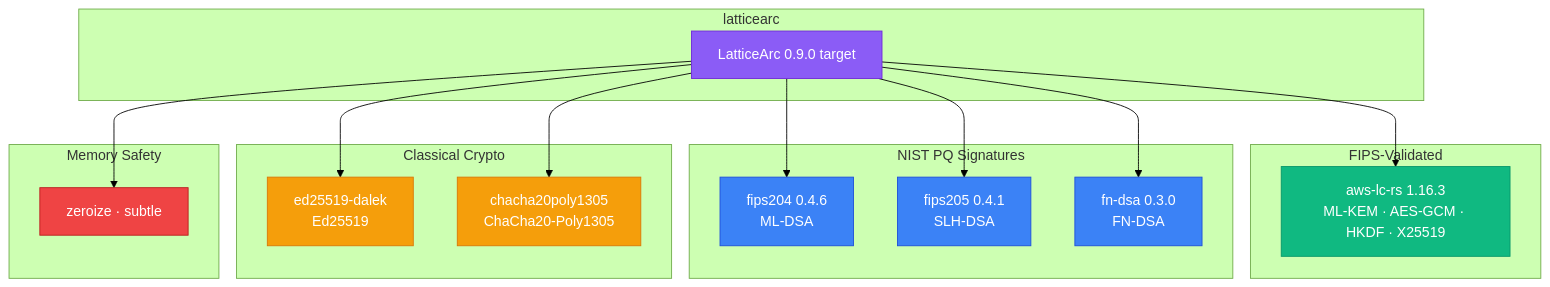
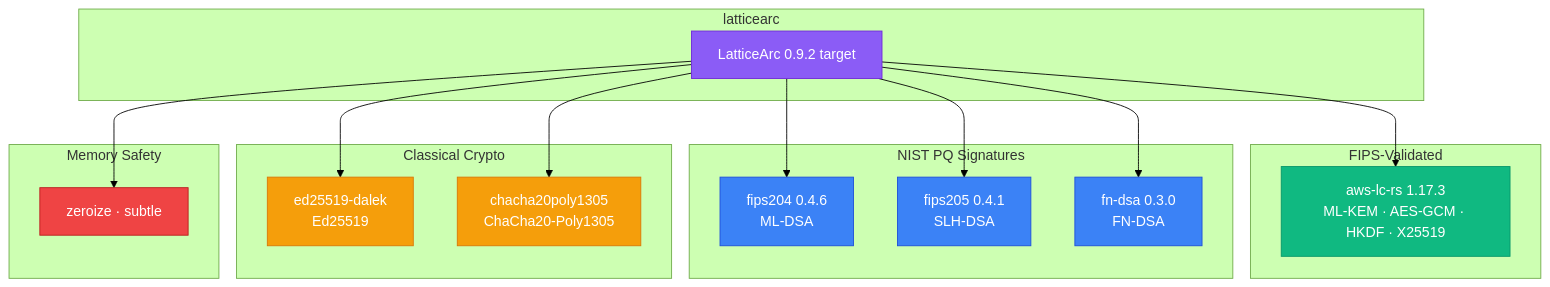
Before and after one commit to LatticeArc/latticearc: the diagram in docs/DEPENDENCY_JUSTIFICATION.md, drawn with Mermaid (forest theme). The commit also changed other lines of this file, not shown here.

````diff
--- a/docs/DEPENDENCY_JUSTIFICATION.md
+++ b/docs/DEPENDENCY_JUSTIFICATION.md
@@ -12,45 +12,45 @@
 ```mermaid
 flowchart TB
     subgraph "latticearc"
-        LA[LatticeArc 0.9.0 target]
+        LA[LatticeArc 0.9.2 target]
     end
 
     subgraph "FIPS-Validated"
-        AWSLC["aws-lc-rs 1.16.3\nML-KEM · AES-GCM · HKDF · X25519"]
+        AWSLC["aws-lc-rs 1.17.3\nML-KEM · AES-GCM · HKDF · X25519"]
     end
 
     subgraph "NIST PQ Signatures"
         F204["fips204 0.4.6\nML-DSA"]
         F205["fips205 0.4.1\nSLH-DSA"]
         FNDSA["fn-dsa 0.3.0\nFN-DSA"]
     end
 
     subgraph "Classical Crypto"
         DALEK["ed25519-dalek\nEd25519"]
         CHA["chacha20poly1305\nChaCha20-Poly1305"]
     end
 
     subgraph "Memory Safety"
         ZERO["zeroize · subtle"]
     end
 
     LA --> AWSLC
     LA --> F204
     LA --> F205
     LA --> FNDSA
     LA --> DALEK
     LA --> CHA
     LA --> ZERO
 
     classDef main fill:#8b5cf6,stroke:#6d28d9,color:#fff
     classDef fips fill:#10b981,stroke:#059669,color:#fff
     classDef nist fill:#3b82f6,stroke:#1d4ed8,color:#fff
     classDef cl fill:#f59e0b,stroke:#d97706,color:#fff
     classDef safety fill:#ef4444,stroke:#b91c1c,color:#fff
 
     class LA main
     class AWSLC fips
     class F204,F205,FNDSA nist
     class DALEK,CHA cl
     class ZERO safety
 ```
````
